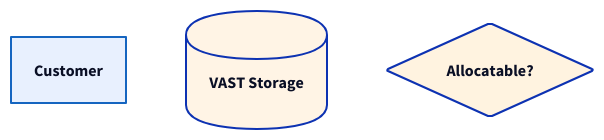
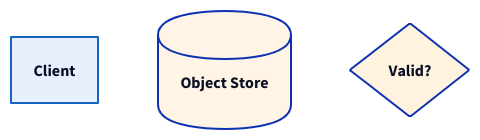
The fourth of 10 diagrams in .claude/skills/d2-diagram/SKILL.md (tammersaleh/dotfiles-public), drawn with D2 before and after one commit. The commit also changed other lines of this file, not shown here.

First line of the commit message:
fix(d2-diagram): strip employer-specific examples from public skill

````diff
--- a/.claude/skills/d2-diagram/SKILL.md
+++ b/.claude/skills/d2-diagram/SKILL.md
@@ -89,20 +89,20 @@
 ```d2
 classes: {
   external: {
     style.fill: "#E8F0FE"
     style.stroke: "#1565c0"
   }
   storage: {
     shape: cylinder
     style.fill: "#FFF4E5"
   }
   decision: {
     shape: diamond
     style.fill: "#fff3e0"
   }
 }
 
-customer: Customer {class: external}
-vast: VAST Storage {class: storage}
-check: Allocatable? {class: decision}
+client: Client {class: external}
+store: Object Store {class: storage}
+check: Valid? {class: decision}
 ```
````
